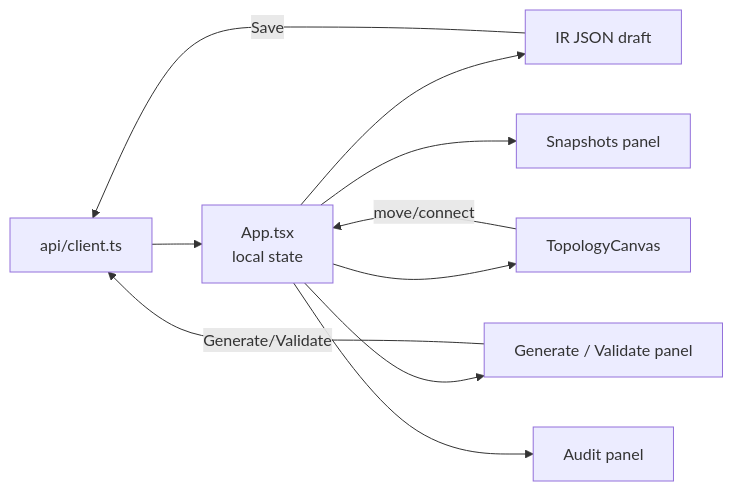
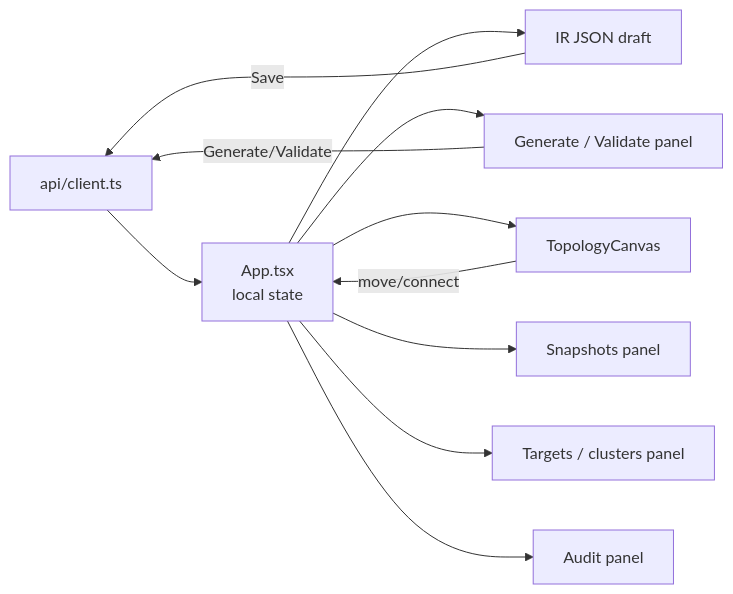
Diagram 12 of 16 in ARCHITECTURE.md (ersinkoc/Mizan), drawn with Mermaid before and after one commit. The commit also changed other lines of this file and 1 other file, not shown here.

Commit message:
Update documentation to reflect 100% backend coverage, add targets/clusters/diff to architecture diagrams, expand README with current feature set

````diff
--- a/ARCHITECTURE.md
+++ b/ARCHITECTURE.md
@@ -347,20 +352,22 @@
 ```mermaid
 flowchart LR
   APIClient["api/client.ts"]
   App["App.tsx\nlocal state"]
   IRDraft["IR JSON draft"]
   GeneratePanel["Generate / Validate panel"]
   Topology["TopologyCanvas"]
   Snapshots["Snapshots panel"]
+  Targets["Targets / clusters panel"]
   Audit["Audit panel"]
 
   APIClient --> App
   App --> IRDraft
   App --> GeneratePanel
   App --> Topology
   App --> Snapshots
+  App --> Targets
   App --> Audit
   Topology -->|move/connect| App
   IRDraft -->|Save| APIClient
   GeneratePanel -->|Generate/Validate| APIClient
 ```
````
